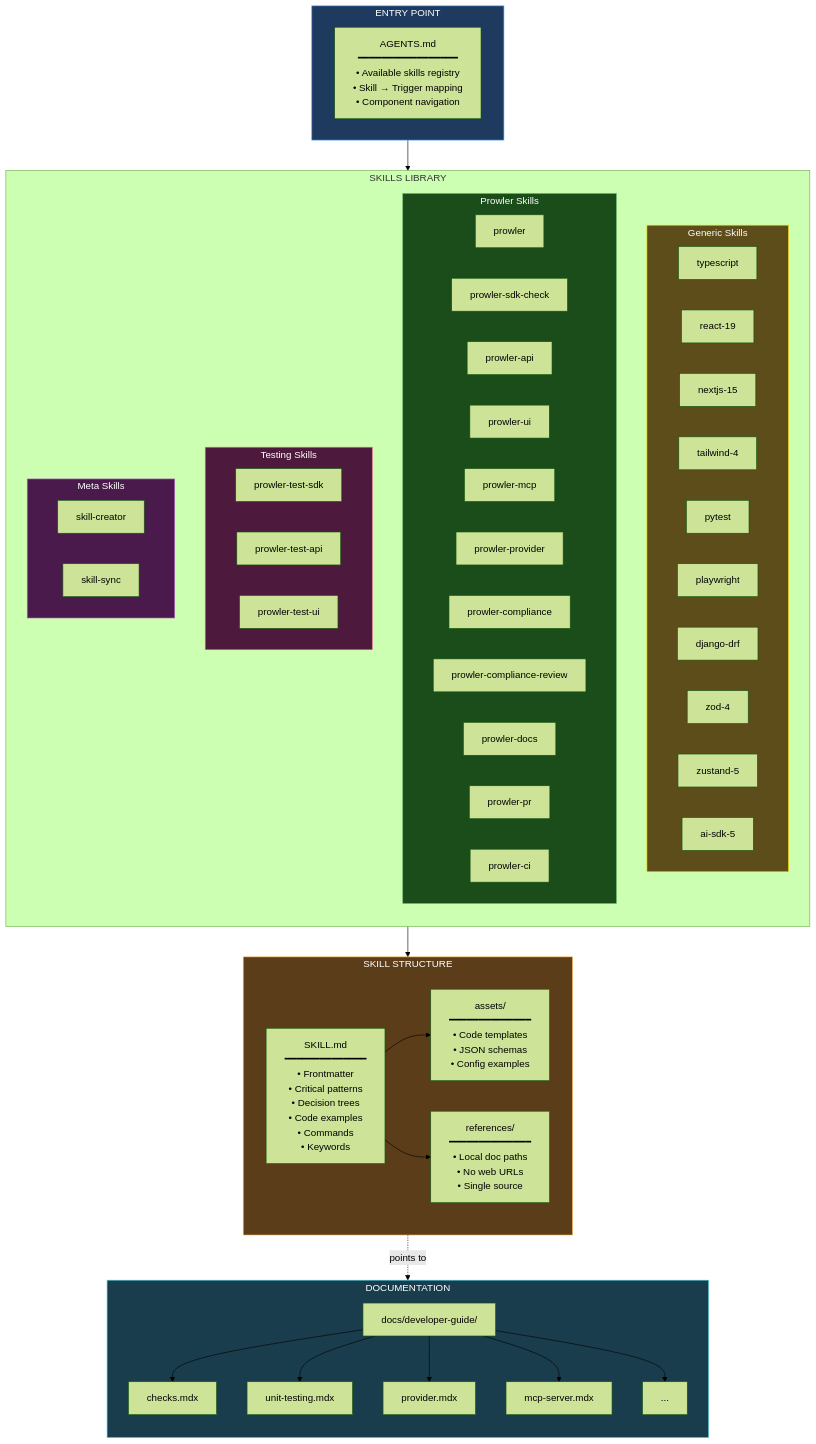
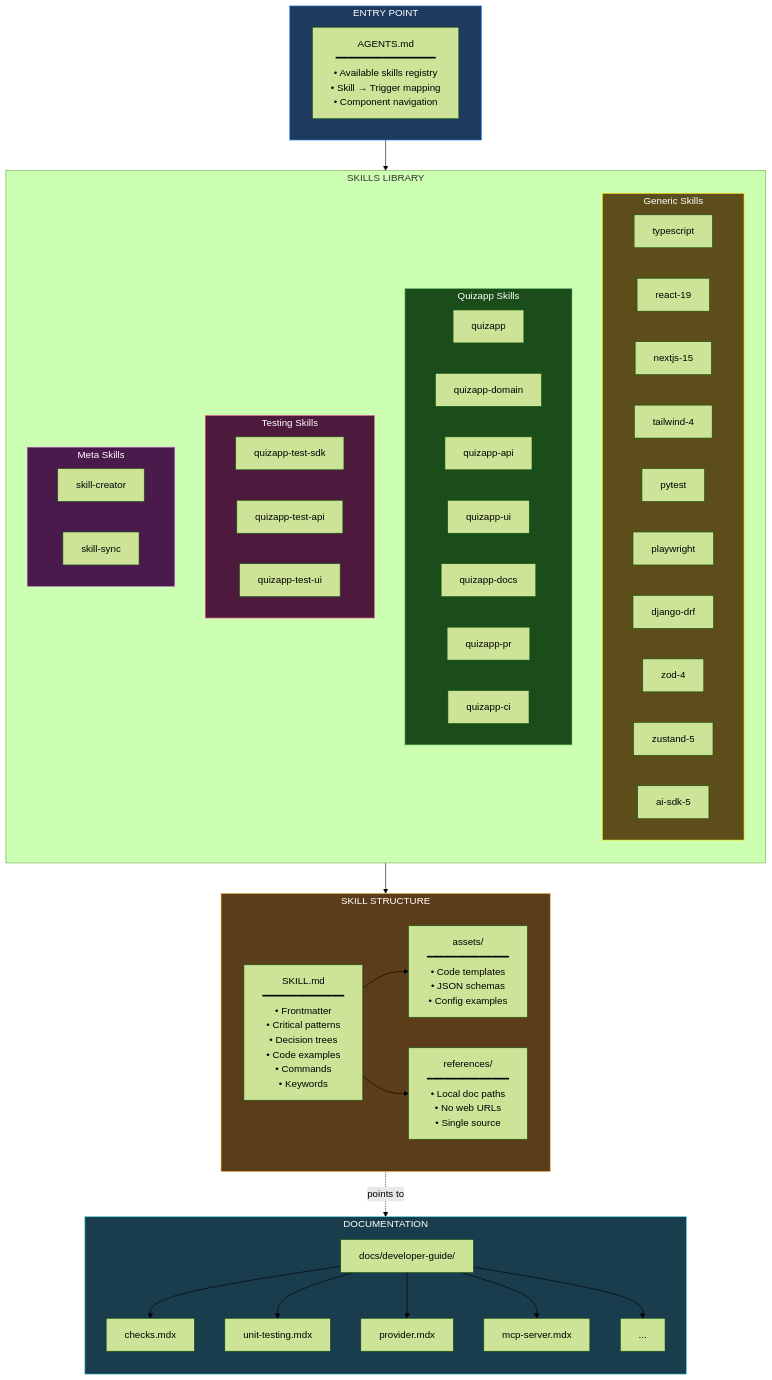
Before and after one commit to dtaborda/quiz-experience: the fourth of 4 diagrams in docs/ai-skills.mdx, drawn with Mermaid (forest theme). The commit also changed other lines of this file, not shown here.

Commit message:
Update references from Prowler to Quizapp

```diff
--- a/docs/ai-skills.mdx
+++ b/docs/ai-skills.mdx
@@ -120,24 +120,20 @@
             G10["ai-sdk-5"]
         end
 
-        subgraph PROWLER["Prowler Skills"]
-            P1["prowler"]
-            P2["prowler-sdk-check"]
-            P3["prowler-api"]
-            P4["prowler-ui"]
-            P5["prowler-mcp"]
-            P6["prowler-provider"]
-            P7["prowler-compliance"]
-            P8["prowler-compliance-review"]
-            P9["prowler-docs"]
-            P10["prowler-pr"]
-            P11["prowler-ci"]
+        subgraph QUIZAPP["Quizapp Skills"]
+            P1["quizapp"]
+            P2["quizapp-domain"]
+            P3["quizapp-api"]
+            P4["quizapp-ui"]
+            P5["quizapp-docs"]
+            P6["quizapp-pr"]
+            P7["quizapp-ci"]
         end
 
         subgraph TESTING["Testing Skills"]
-            T1["prowler-test-sdk"]
-            T2["prowler-test-api"]
-            T3["prowler-test-ui"]
+            T1["quizapp-test-sdk"]
+            T2["quizapp-test-api"]
+            T3["quizapp-test-ui"]
         end
 
         subgraph META["Meta Skills"]
@@ -180,7 +176,7 @@
 
     style ENTRY fill:#1e3a5f,stroke:#4a9eff,color:#fff
     style GENERIC fill:#5c4d1a,stroke:#ffd700,color:#fff
-    style PROWLER fill:#1a4d1a,stroke:#66bb6a,color:#fff
+    style QUIZAPP fill:#1a4d1a,stroke:#66bb6a,color:#fff
     style TESTING fill:#4d1a3d,stroke:#f06292,color:#fff
     style META fill:#4a1a4d,stroke:#ba68c8,color:#fff
     style STRUCTURE fill:#5c3d1a,stroke:#ffb74d,color:#fff
```
